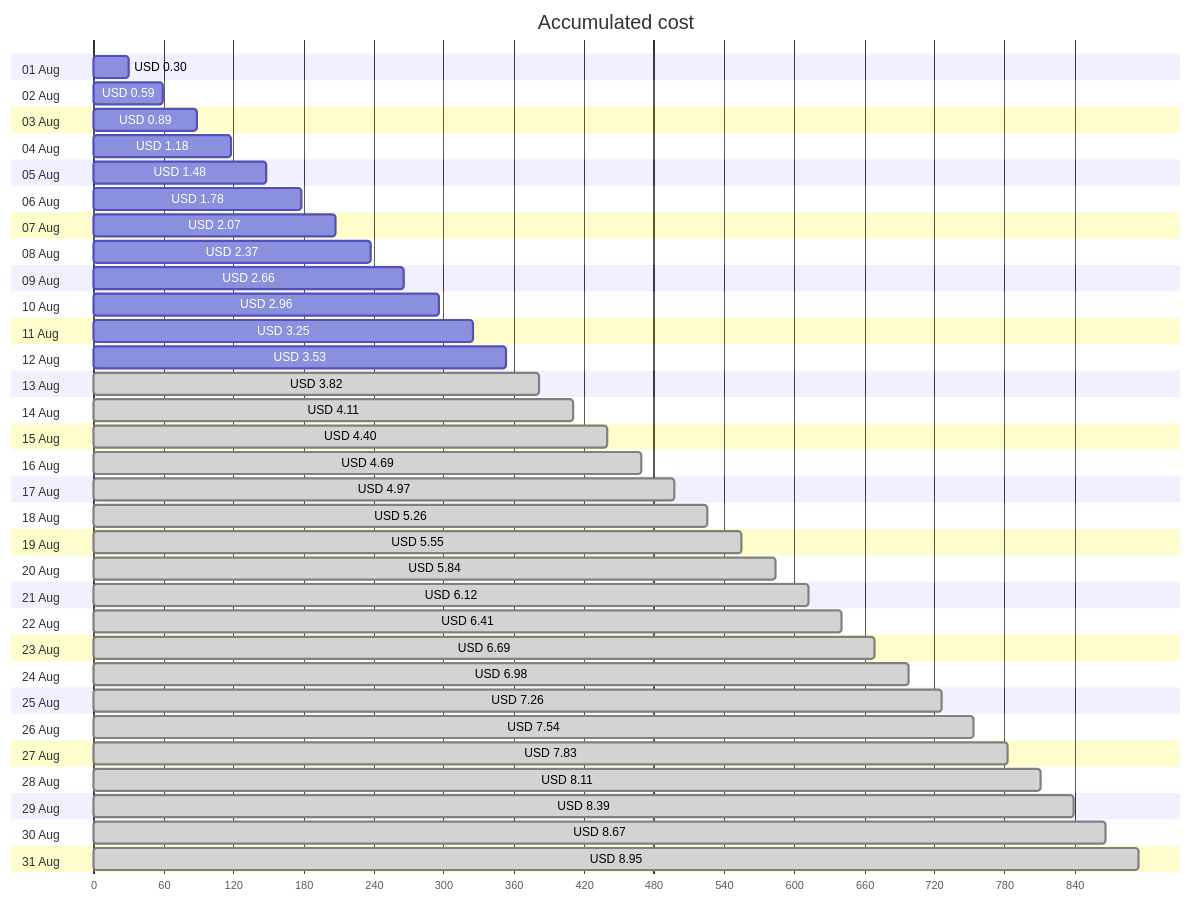
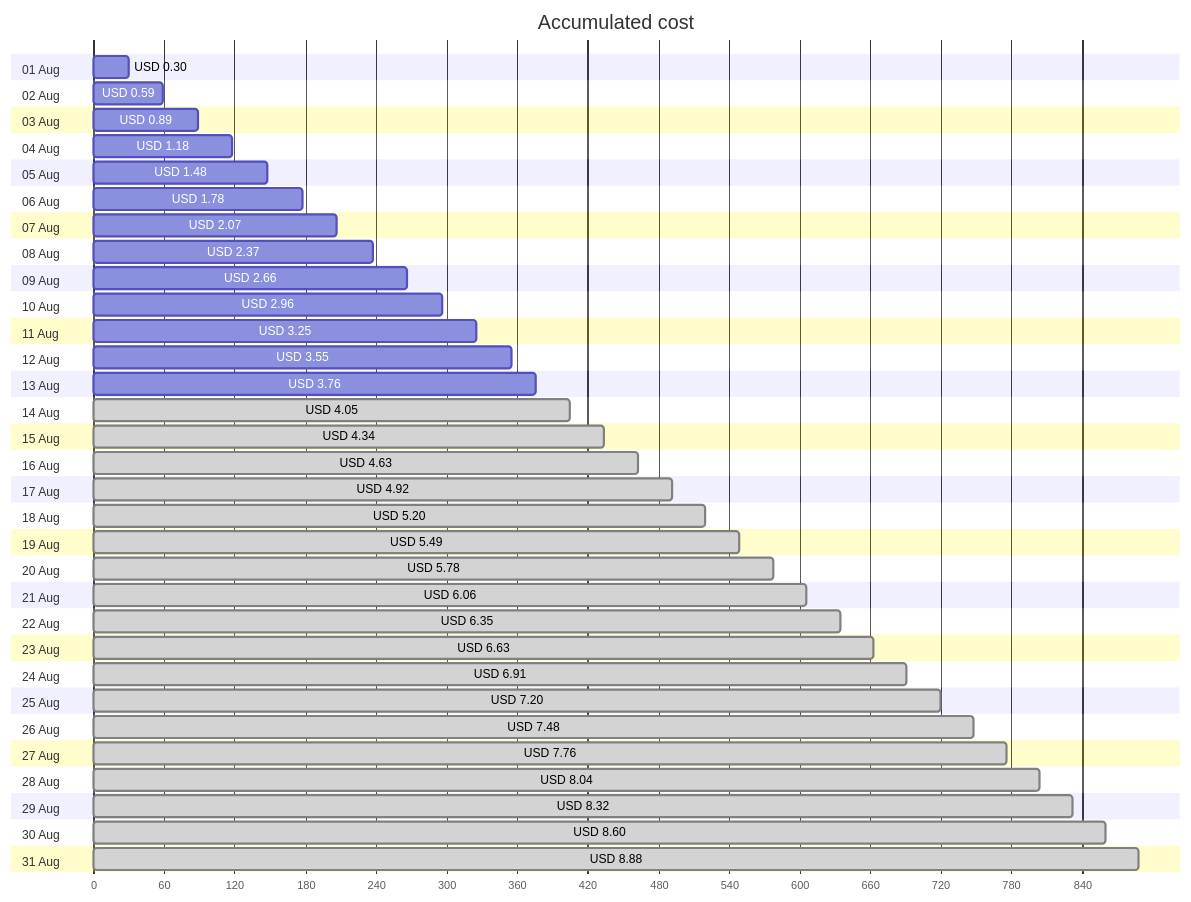
One commit to jpfulton/azure-personal-reports changed the first of 4 diagrams in cost-reports/personal-site/personal-site.md. Above: the diagram before and after it, drawn with Mermaid. The commit also changed other lines of this file and 6 other files, not shown here.

````diff
--- a/cost-reports/personal-site/personal-site.md
+++ b/cost-reports/personal-site/personal-site.md
@@ -20,68 +20,68 @@
 ```mermaid
 gantt
    title Accumulated cost
    dateFormat  X
    axisFormat %s
    section 01 Aug
    USD 0.30 :0, 30
    section 02 Aug
    USD 0.59 :0, 59
    section 03 Aug
    USD 0.89 :0, 89
    section 04 Aug
    USD 1.18 :0, 118
    section 05 Aug
    USD 1.48 :0, 148
    section 06 Aug
    USD 1.78 :0, 178
    section 07 Aug
    USD 2.07 :0, 207
    section 08 Aug
    USD 2.37 :0, 237
    section 09 Aug
    USD 2.66 :0, 266
    section 10 Aug
    USD 2.96 :0, 296
    section 11 Aug
    USD 3.25 :0, 325
    section 12 Aug
-   USD 3.53 :0, 353
+   USD 3.55 :0, 355
    section 13 Aug
-   USD 3.82 : done, 0, 382
+   USD 3.76 :0, 376
    section 14 Aug
-   USD 4.11 : done, 0, 411
+   USD 4.05 : done, 0, 405
    section 15 Aug
-   USD 4.40 : done, 0, 440
+   USD 4.34 : done, 0, 434
    section 16 Aug
-   USD 4.69 : done, 0, 469
+   USD 4.63 : done, 0, 463
    section 17 Aug
-   USD 4.97 : done, 0, 497
+   USD 4.92 : done, 0, 492
    section 18 Aug
-   USD 5.26 : done, 0, 526
+   USD 5.20 : done, 0, 520
    section 19 Aug
-   USD 5.55 : done, 0, 555
+   USD 5.49 : done, 0, 549
    section 20 Aug
-   USD 5.84 : done, 0, 584
+   USD 5.78 : done, 0, 578
    section 21 Aug
-   USD 6.12 : done, 0, 612
+   USD 6.06 : done, 0, 606
    section 22 Aug
-   USD 6.41 : done, 0, 641
+   USD 6.35 : done, 0, 635
    section 23 Aug
-   USD 6.69 : done, 0, 669
+   USD 6.63 : done, 0, 663
    section 24 Aug
-   USD 6.98 : done, 0, 698
+   USD 6.91 : done, 0, 691
    section 25 Aug
-   USD 7.26 : done, 0, 726
+   USD 7.20 : done, 0, 720
    section 26 Aug
-   USD 7.54 : done, 0, 754
+   USD 7.48 : done, 0, 748
    section 27 Aug
-   USD 7.83 : done, 0, 783
+   USD 7.76 : done, 0, 776
    section 28 Aug
-   USD 8.11 : done, 0, 811
+   USD 8.04 : done, 0, 804
    section 29 Aug
-   USD 8.39 : done, 0, 839
+   USD 8.32 : done, 0, 832
    section 30 Aug
-   USD 8.67 : done, 0, 867
+   USD 8.60 : done, 0, 860
    section 31 Aug
-   USD 8.95 : done, 0, 895
+   USD 8.88 : done, 0, 888
 ```
````
